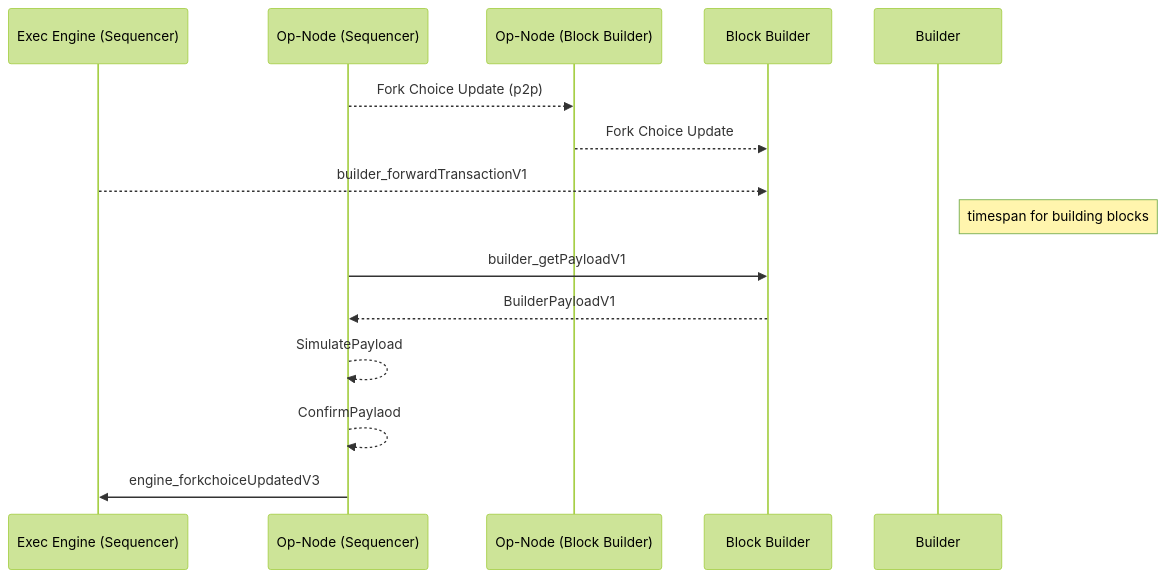
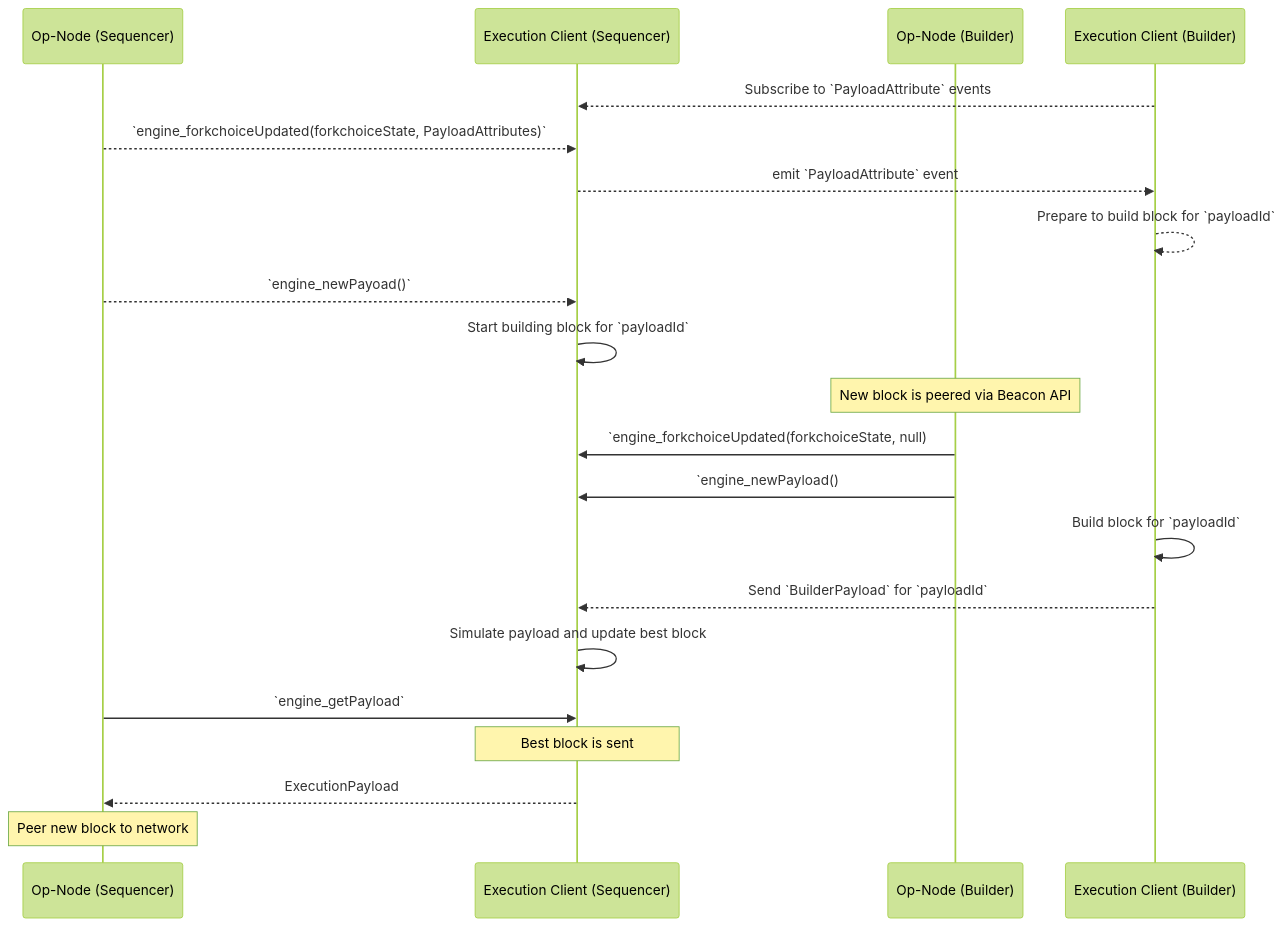
One commit to 0xKitsune/specs changed the diagram in specs/experimental/builder.md. Above: the diagram before and after it, drawn with Mermaid (forest theme). The commit also changed other lines of this file, not shown here.

Commit message:
update sequence diagram

````diff
--- a/specs/experimental/builder.md
+++ b/specs/experimental/builder.md
@@ -39,18 +38,33 @@
 ```mermaid
 sequenceDiagram
-    participant EES as Exec Engine (Sequencer)
-    participant OPS as Op-Node (Sequencer)
-    participant OPB as Op-Node (Block Builder)
-    participant BB as Block Builder
-    OPS-->> OPB: Fork Choice Update (p2p)
-    OPB-->>BB: Fork Choice Update
+    participant CLS as Op-Node (Sequencer)
+    participant ELS as Execution Client (Sequencer)
+    participant CLB as Op-Node (Builder)
+    participant ELB as Execution Client (Builder)
+
+    %% Pick subscription endpoint %%
+    ELB-->>ELS: Subscribe to `PayloadAttribute` events
+
+    %% Update to event emission %%
+    CLS-->>ELS: `engine_forkchoiceUpdated(forkchoiceState, PayloadAttributes)`
+    ELS-->>ELB: emit `PayloadAttribute` event
+    ELB-->>ELB: Prepare to build block for `payloadId`
+    CLS-->>ELS: `engine_newPayoad()`
+    ELS->>ELS: Start building block for `payloadId`
+
+    Note over CLB: New block is peered via Beacon API
+    CLB->>ELS: `engine_forkchoiceUpdated(forkchoiceState, null)
+    CLB->>ELS: `engine_newPayload()
+
+    %% TODO: repeat %% 
+    ELB->>ELB: Build block for `payloadId`
+    ELB-->>ELS: Send `BuilderPayload` for `payloadId`
+    ELS->>ELS: Simulate payload and update best block
+
+    CLS->>ELS: `engine_getPayload`
     
-    EES-->>BB:   builder_forwardTransactionV1
-    Note right of Builder: timespan for building blocks
-    OPS->> BB: builder_getPayloadV1
-    BB-->>OPS: BuilderPayloadV1
-    OPS-->>OPS: SimulatePayload
-    OPS-->>OPS: ConfirmPaylaod
-    OPS ->> EES: engine_forkchoiceUpdatedV3
+    Note over ELS: Best block is sent
+    ELS-->>CLS: ExecutionPayload
 
+    Note over CLS: Peer new block to network
 ```
````
